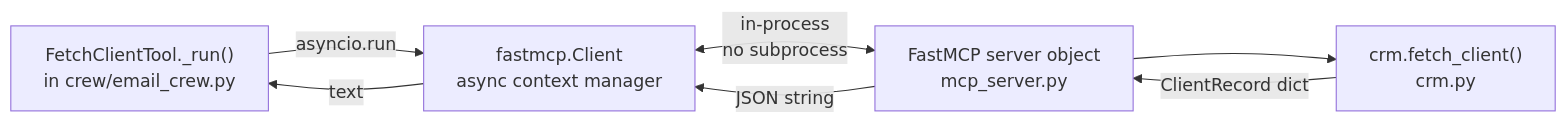
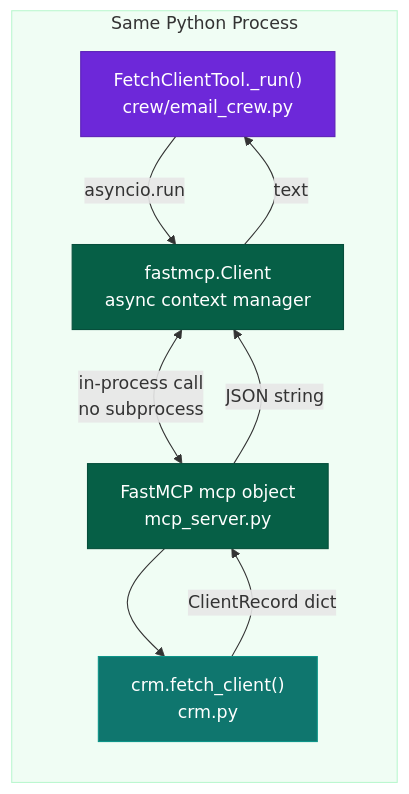
The third of 9 diagrams in DESIGN.md (Avii3301/cashCollection-A2A), drawn with Mermaid before and after one commit. The commit also changed other lines of this file, not shown here.

Commit message:
Fix Mermaid parse errors and add professional color scheme to all diagrams

````diff
--- a/DESIGN.md
+++ b/DESIGN.md
@@ -150,14 +168,22 @@
 ```mermaid
 flowchart LR
-    TOOL["FetchClientTool._run()\nin crew/email_crew.py"]
-    CLIENT["fastmcp.Client\nasync context manager"]
-    SERVER["FastMCP server object\nmcp_server.py"]
-    CRM["crm.fetch_client()\ncrm.py"]
+    classDef crew fill:#6d28d9,stroke:#5b21b6,color:#fff
+    classDef mcp  fill:#065f46,stroke:#064e3b,color:#fff
+    classDef crm  fill:#0f766e,stroke:#0d9488,color:#fff
 
-    TOOL -->|asyncio.run| CLIENT
-    CLIENT <-->|in-process\nno subprocess| SERVER
+    subgraph proc ["  Same Python Process  "]
+        TOOL["FetchClientTool._run()\ncrew/email_crew.py"]:::crew
+        CLIENT["fastmcp.Client\nasync context manager"]:::mcp
+        SERVER["FastMCP mcp object\nmcp_server.py"]:::mcp
+        CRM["crm.fetch_client()\ncrm.py"]:::crm
+    end
+
+    TOOL -->|"asyncio.run"| CLIENT
+    CLIENT <-->|"in-process call\nno subprocess"| SERVER
     SERVER --> CRM
-    CRM -->|ClientRecord dict| SERVER
-    SERVER -->|JSON string| CLIENT
-    CLIENT -->|text| TOOL
+    CRM -->|"ClientRecord dict"| SERVER
+    SERVER -->|"JSON string"| CLIENT
+    CLIENT -->|"text"| TOOL
+
+    style proc fill:#f0fdf4,stroke:#bbf7d0
 ```
````
